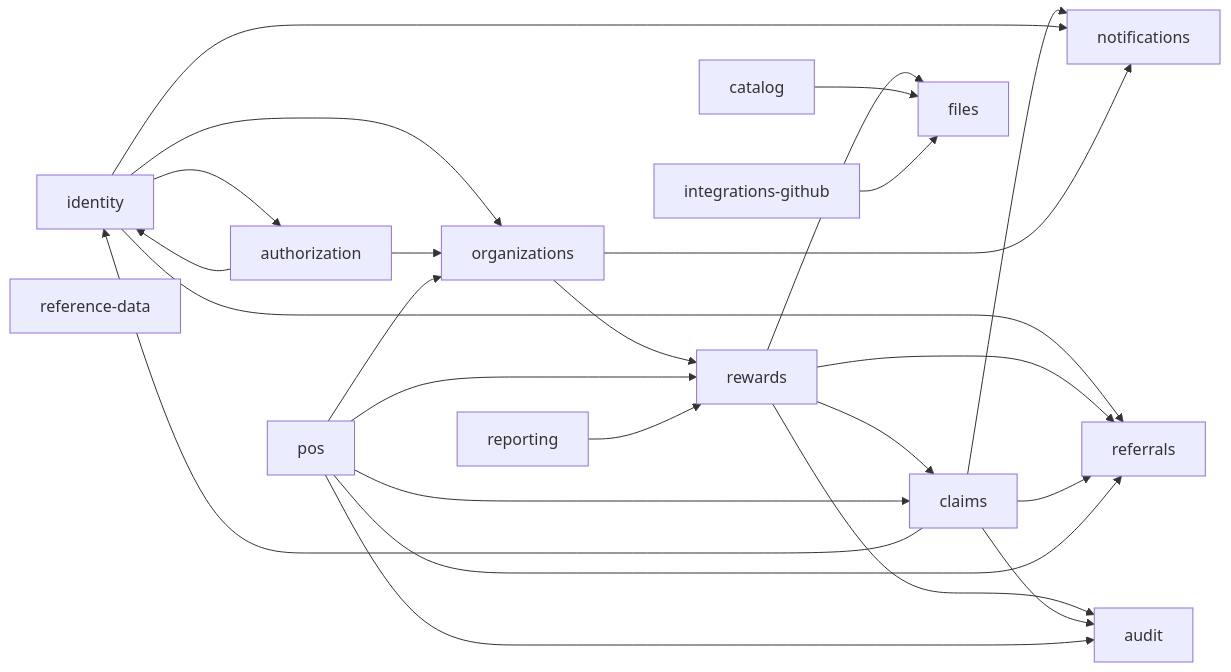
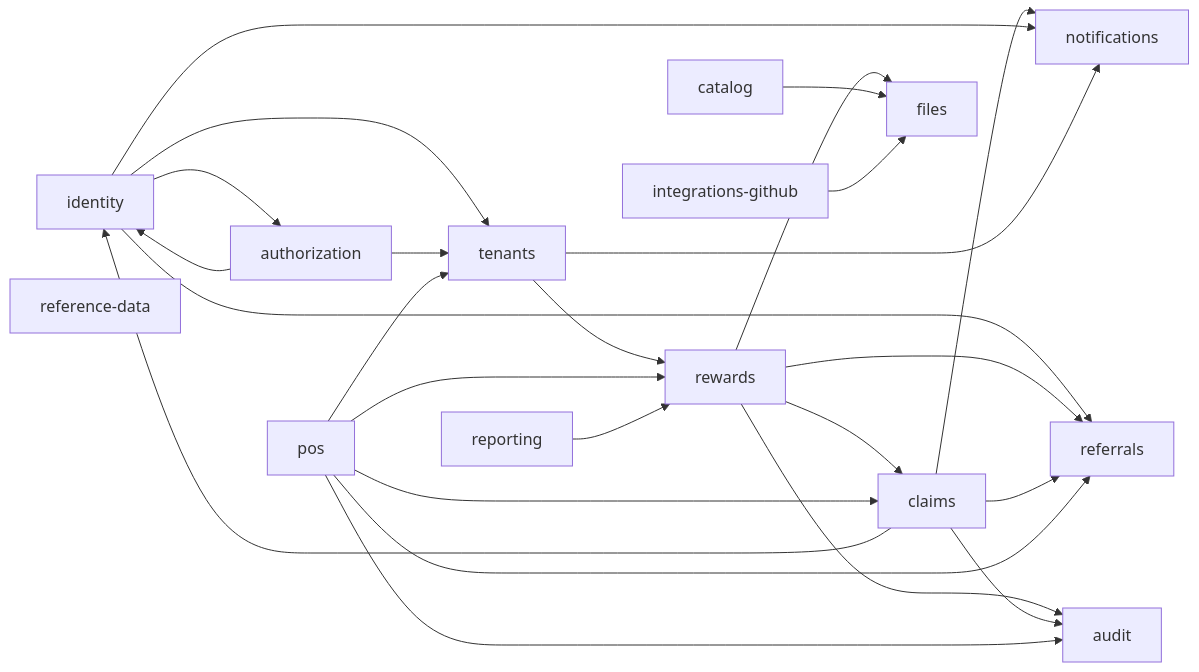
The diagram in docs/architecture/context-map.md (patelzz007/nestjs-nextjs-turborepo-starter-kit), drawn with Mermaid before and after one commit. The commit also changed other lines of this file and 674 other files, not shown here.

````diff
--- a/docs/architecture/context-map.md
+++ b/docs/architecture/context-map.md
@@ -15,42 +15,42 @@
 ```mermaid
 flowchart LR
   identity[identity]
   authorization[authorization]
-  organizations[organizations]
+  tenants[tenants]
   rewards[rewards]
   claims[claims]
   pos[pos]
   referrals[referrals]
   reporting[reporting]
   files[files]
   notifications[notifications]
   catalog[catalog]
   referenceData[reference-data]
   audit[audit]
   github[integrations-github]
 
   identity --> authorization
-  identity --> organizations
+  identity --> tenants
   identity --> referrals
   authorization --> identity
-  authorization --> organizations
-  organizations --> rewards
+  authorization --> tenants
+  tenants --> rewards
   rewards --> claims
   rewards --> files
   rewards --> referrals
   claims --> notifications
   claims --> referrals
   claims --> identity
   pos --> claims
   pos --> referrals
-  pos --> organizations
+  pos --> tenants
   pos --> rewards
   reporting --> rewards
   catalog --> files
   github --> files
   identity --> notifications
-  organizations --> notifications
+  tenants --> notifications
   rewards --> audit
   claims --> audit
   pos --> audit
 ```
````
